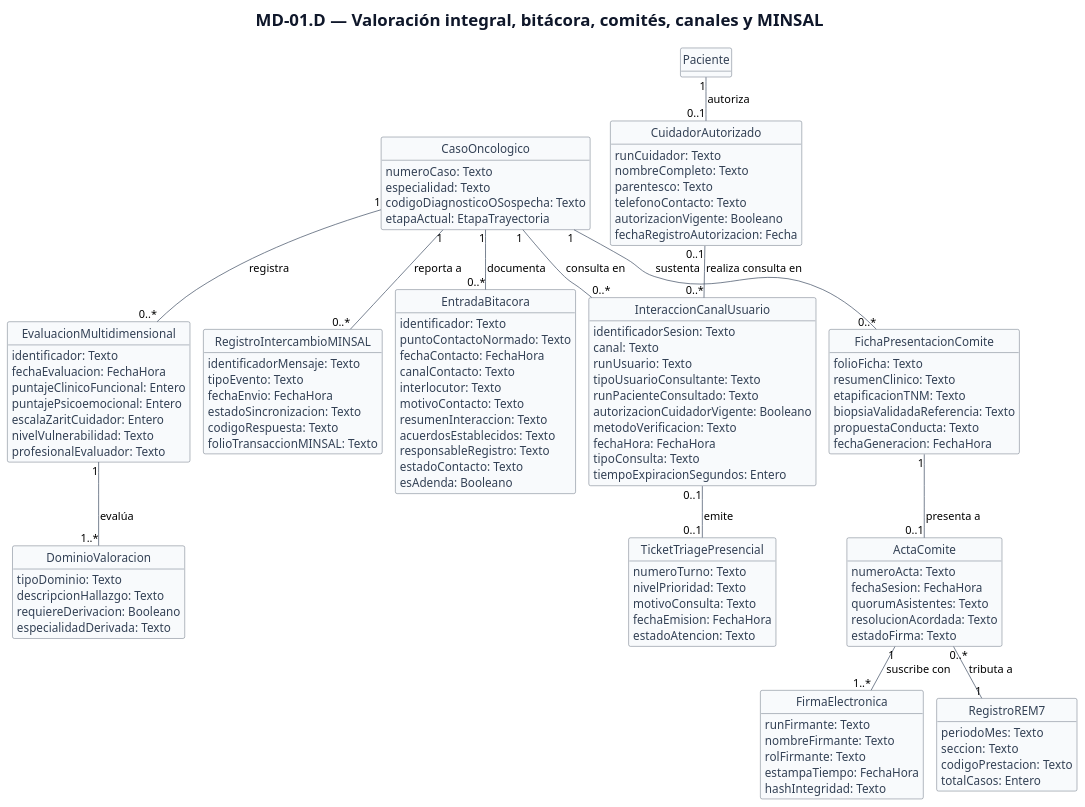
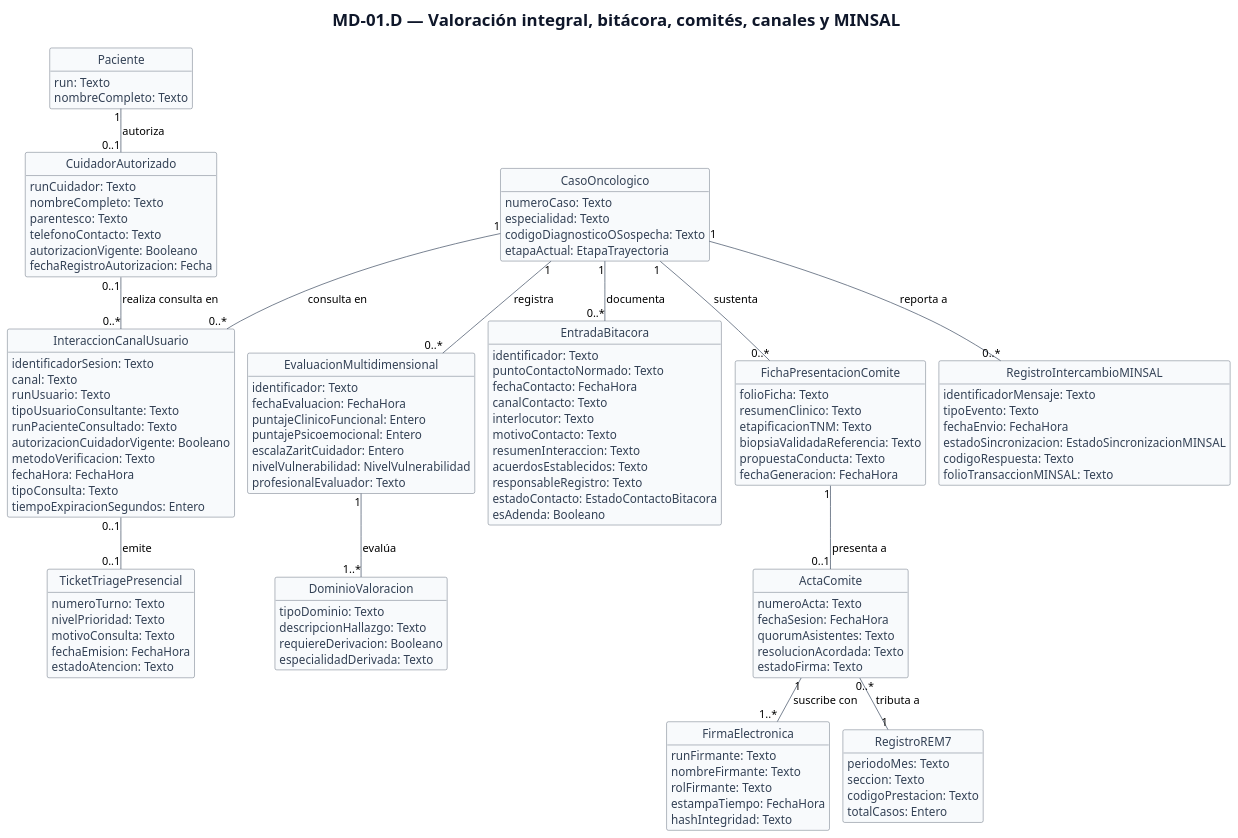
One commit to br1fz/OncoTrace changed the fourth of 4 diagrams in diagramas/modelo-dominio.puml. Above: the diagram before and after it, drawn with PlantUML. The commit also changed 12 other files, not shown here.

```diff
--- a/diagramas/modelo-dominio.puml
+++ b/diagramas/modelo-dominio.puml
@@ -228,146 +228,151 @@
 @startuml vista-valoracion-comites-canales
 !pragma layout smetana
 hide methods
 hide circle
 skinparam backgroundColor white
 skinparam shadowing false
 skinparam classBackgroundColor #F8FAFC
 skinparam classBorderColor #334155
 skinparam classFontColor #0F172A
 skinparam classAttributeFontColor #334155
 skinparam classFontSize 19
 skinparam classAttributeFontSize 16
 skinparam ArrowColor #475569
 skinparam ArrowFontSize 15
 skinparam titleFontSize 23
 skinparam titleFontColor #0F172A
 skinparam defaultFontName SansSerif
 top to bottom direction
 
 title
 MD-01.D — Valoración integral, bitácora, comités, canales y MINSAL
 end title
 
+class Paciente {
+  run: Texto
+  nombreCompleto: Texto
+}
+
 class CasoOncologico {
   numeroCaso: Texto
   especialidad: Texto
   codigoDiagnosticoOSospecha: Texto
   etapaActual: EtapaTrayectoria
 }
 
 class EvaluacionMultidimensional {
   identificador: Texto
   fechaEvaluacion: FechaHora
   puntajeClinicoFuncional: Entero
   puntajePsicoemocional: Entero
   escalaZaritCuidador: Entero
-  nivelVulnerabilidad: Texto
+  nivelVulnerabilidad: NivelVulnerabilidad
   profesionalEvaluador: Texto
 }
 
 class DominioValoracion {
   tipoDominio: Texto
   descripcionHallazgo: Texto
   requiereDerivacion: Booleano
   especialidadDerivada: Texto
 }
 
 class EntradaBitacora {
   identificador: Texto
   puntoContactoNormado: Texto
   fechaContacto: FechaHora
   canalContacto: Texto
   interlocutor: Texto
   motivoContacto: Texto
   resumenInteraccion: Texto
   acuerdosEstablecidos: Texto
   responsableRegistro: Texto
-  estadoContacto: Texto
+  estadoContacto: EstadoContactoBitacora
   esAdenda: Booleano
 }
 
 class CuidadorAutorizado {
   runCuidador: Texto
   nombreCompleto: Texto
   parentesco: Texto
   telefonoContacto: Texto
   autorizacionVigente: Booleano
   fechaRegistroAutorizacion: Fecha
 }
 
 class FichaPresentacionComite {
   folioFicha: Texto
   resumenClinico: Texto
   etapificacionTNM: Texto
   biopsiaValidadaReferencia: Texto
   propuestaConducta: Texto
   fechaGeneracion: FechaHora
 }
 
 class ActaComite {
   numeroActa: Texto
   fechaSesion: FechaHora
   quorumAsistentes: Texto
   resolucionAcordada: Texto
   estadoFirma: Texto
 }
 
 class FirmaElectronica {
   runFirmante: Texto
   nombreFirmante: Texto
   rolFirmante: Texto
   estampaTiempo: FechaHora
   hashIntegridad: Texto
 }
 
 class RegistroREM7 {
   periodoMes: Texto
   seccion: Texto
   codigoPrestacion: Texto
   totalCasos: Entero
 }
 
 class InteraccionCanalUsuario {
   identificadorSesion: Texto
   canal: Texto
   runUsuario: Texto
   tipoUsuarioConsultante: Texto
   runPacienteConsultado: Texto
   autorizacionCuidadorVigente: Booleano
   metodoVerificacion: Texto
   fechaHora: FechaHora
   tipoConsulta: Texto
   tiempoExpiracionSegundos: Entero
 }
 
 class TicketTriagePresencial {
   numeroTurno: Texto
   nivelPrioridad: Texto
   motivoConsulta: Texto
   fechaEmision: FechaHora
   estadoAtencion: Texto
 }
 
 class RegistroIntercambioMINSAL {
   identificadorMensaje: Texto
   tipoEvento: Texto
   fechaEnvio: FechaHora
-  estadoSincronizacion: Texto
+  estadoSincronizacion: EstadoSincronizacionMINSAL
   codigoRespuesta: Texto
   folioTransaccionMINSAL: Texto
 }
 
 CasoOncologico "1" -- "0..*" EvaluacionMultidimensional : registra
 EvaluacionMultidimensional "1" -- "1..*" DominioValoracion : evalúa
 CasoOncologico "1" -- "0..*" EntradaBitacora : documenta
 CasoOncologico "1" -- "0..*" FichaPresentacionComite : sustenta
 FichaPresentacionComite "1" -- "0..1" ActaComite : presenta a
 ActaComite "1" -- "1..*" FirmaElectronica : suscribe con
 ActaComite "0..*" -- "1" RegistroREM7 : tributa a
 Paciente "1" -- "0..1" CuidadorAutorizado : autoriza
 CuidadorAutorizado "0..1" -- "0..*" InteraccionCanalUsuario : realiza consulta en
 CasoOncologico "1" -- "0..*" InteraccionCanalUsuario : consulta en
 InteraccionCanalUsuario "0..1" -- "0..1" TicketTriagePresencial : emite
 CasoOncologico "1" -- "0..*" RegistroIntercambioMINSAL : reporta a
 
 @enduml
```
